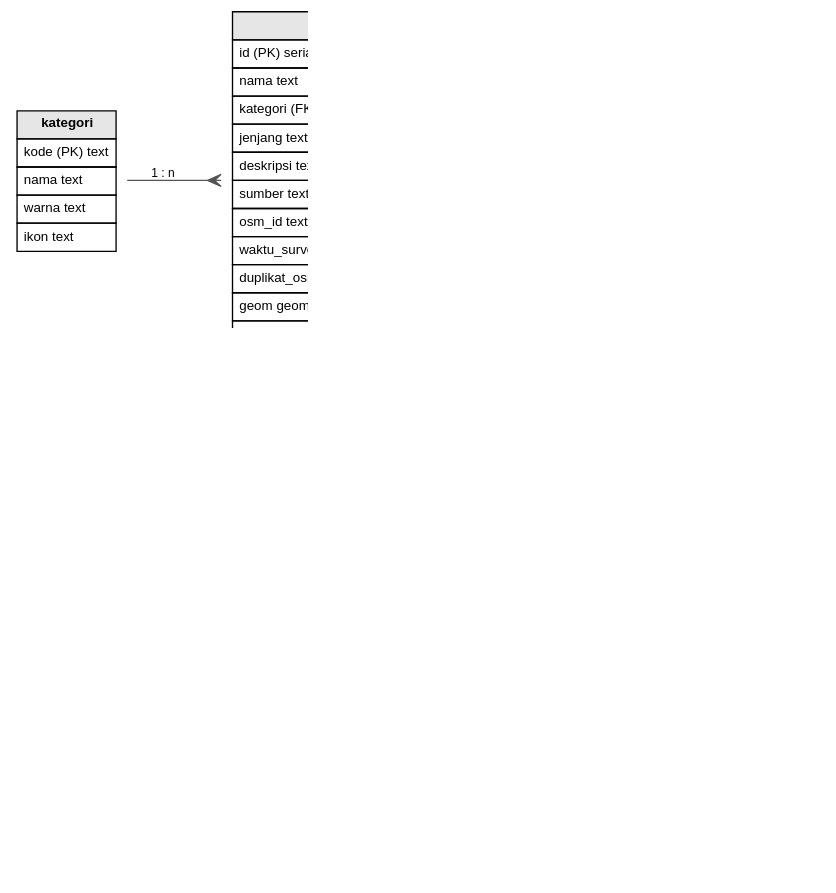
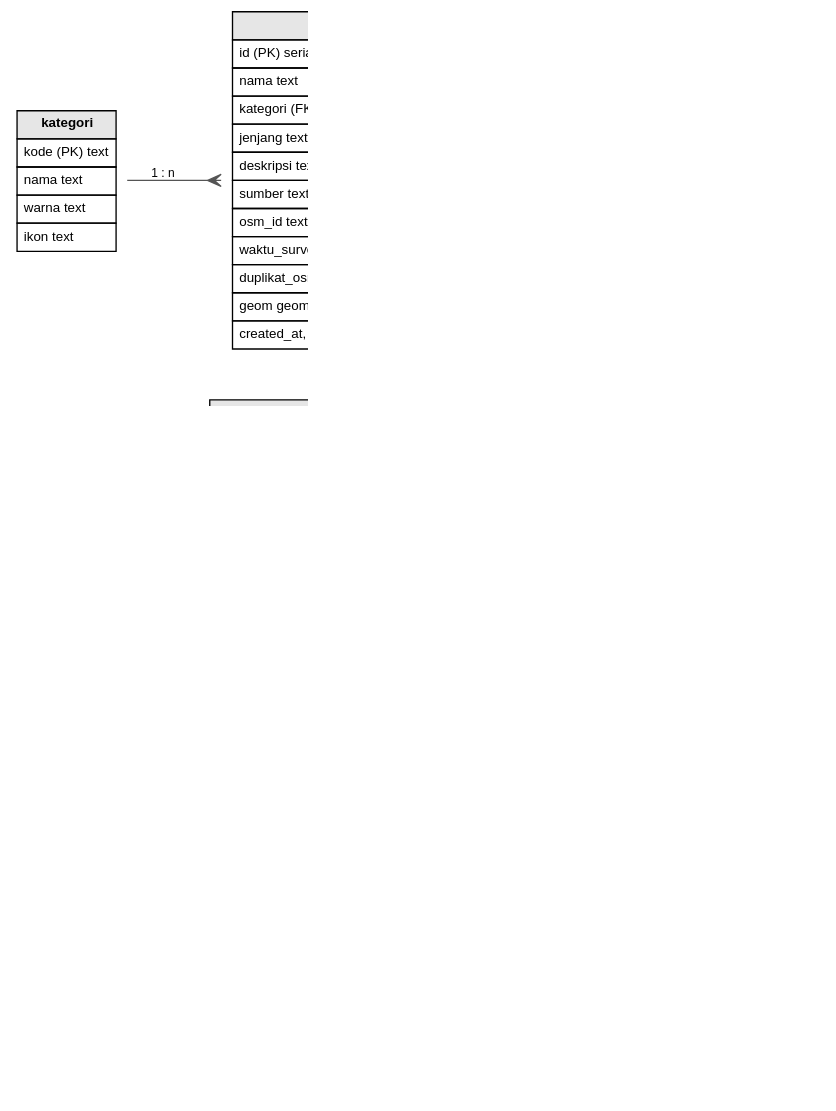
The diagram in laporan/diagram/erd.dot (davidsiagian02/jangkau-webgis), drawn with Graphviz before and after one commit. The commit also changed 35 other files, not shown here.

Commit message:
data: halte & jalan OSM; laporan diperbarui dengan hasil analisis baru

```diff
--- a/laporan/diagram/erd.dot
+++ b/laporan/diagram/erd.dot
@@ -1,14 +1,16 @@
 digraph G {
   graph [fontname="Arial", dpi=200, rankdir=LR, nodesep=0.4]; node [shape=plaintext, fontname="Arial", fontsize=10]; edge [color="#555555", arrowhead=crow, arrowtail=none, fontname="Arial", fontsize=9];
   kategori [label=<<table border="0" cellborder="1" cellspacing="0" cellpadding="4"><tr><td bgcolor="#e6e6e6"><b>kategori</b></td></tr><tr><td align="left">kode (PK) text</td></tr><tr><td align="left">nama text</td></tr><tr><td align="left">warna text</td></tr><tr><td align="left">ikon text</td></tr></table>>];
   titik [label=<<table border="0" cellborder="1" cellspacing="0" cellpadding="4"><tr><td bgcolor="#e6e6e6"><b>titik</b></td></tr><tr><td align="left">id (PK) serial</td></tr><tr><td align="left">nama text</td></tr><tr><td align="left">kategori (FK) text</td></tr><tr><td align="left">jenjang text</td></tr><tr><td align="left">deskripsi text</td></tr><tr><td align="left">sumber text</td></tr><tr><td align="left">osm_id text</td></tr><tr><td align="left">waktu_survei timestamptz</td></tr><tr><td align="left">duplikat_osm text</td></tr><tr><td align="left">geom geometry(Point,4326)</td></tr><tr><td align="left">created_at, updated_at</td></tr></table>>];
   area [label=<<table border="0" cellborder="1" cellspacing="0" cellpadding="4"><tr><td bgcolor="#e6e6e6"><b>area_sekolah</b></td></tr><tr><td align="left">id (PK) serial</td></tr><tr><td align="left">nama text</td></tr><tr><td align="left">sumber text</td></tr><tr><td align="left">osm_id text</td></tr><tr><td align="left">jenjang text</td></tr><tr><td align="left">tags jsonb</td></tr><tr><td align="left">pusat geometry(Point,4326)</td></tr><tr><td align="left">geom geometry(MultiPolygon,4326)</td></tr></table>>];
   jalur [label=<<table border="0" cellborder="1" cellspacing="0" cellpadding="4"><tr><td bgcolor="#e6e6e6"><b>jalur</b></td></tr><tr><td align="left">id (PK) serial</td></tr><tr><td align="left">nama text</td></tr><tr><td align="left">jenis text</td></tr><tr><td align="left">waktu_mulai timestamptz</td></tr><tr><td align="left">waktu_selesai timestamptz</td></tr><tr><td align="left">geom geometry(LineString,4326)</td></tr></table>>];
+  jalan [label=<<table border="0" cellborder="1" cellspacing="0" cellpadding="4"><tr><td bgcolor="#e6e6e6"><b>jalan</b></td></tr><tr><td align="left">id (PK) serial</td></tr><tr><td align="left">nama text</td></tr><tr><td align="left">kelas text</td></tr><tr><td align="left">osm_id text</td></tr><tr><td align="left">geom geometry(LineString,4326)</td></tr></table>>];
   vh [label=<<table border="0" cellborder="1" cellspacing="0" cellpadding="4" style="dashed"><tr><td bgcolor="#f3f3f3"><i>view</i> <b>v_halte</b></td></tr><tr><td align="left">id, nama, sumber, geom</td></tr></table>>];
   vs [label=<<table border="0" cellborder="1" cellspacing="0" cellpadding="4"><tr><td bgcolor="#f3f3f3"><i>view</i> <b>v_sekolah_analisis</b></td></tr><tr><td align="left">uid, nama, jenjang, sumber, geom</td></tr></table>>];
   kategori -> titik [label="1 : n"];
   titik -> vh [style=dashed, arrowhead=normal, label="kategori = halte"];
   titik -> vs [style=dashed, arrowhead=normal, label="sekolah bukan duplikat"];
   area -> vs [style=dashed, arrowhead=normal, label="poligon OSM (pusat)"];
   jalur -> vs [style=invis];
+  jalan -> vs [style=invis];
 }
```
